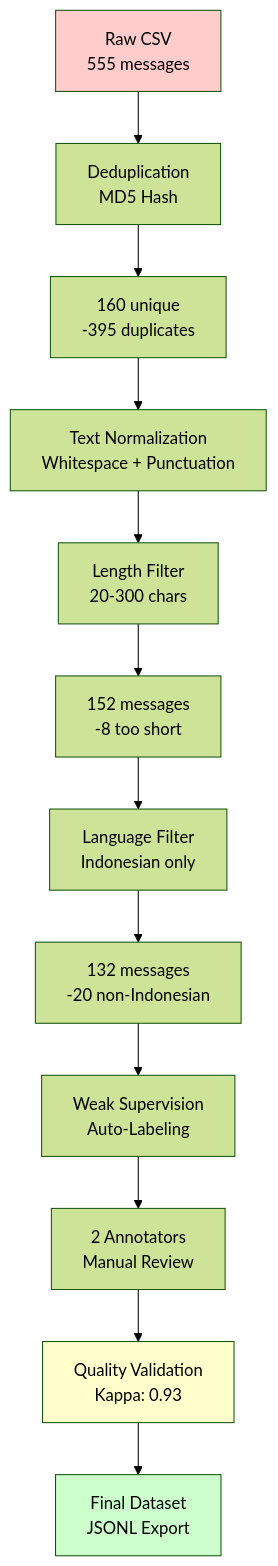
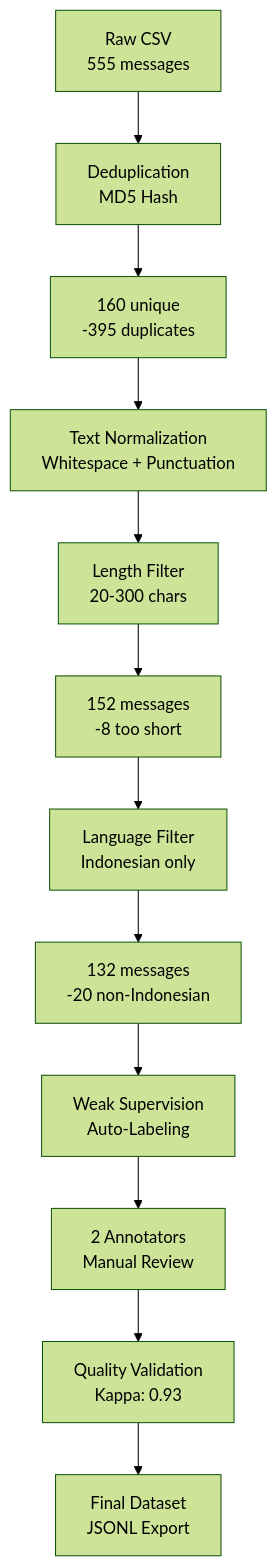
Before and after one commit to ngantuk69/indonesian-fintech-llm-data-pipeline: the diagram in README.md, drawn with Mermaid (forest theme).

Commit message:
fix: README.md

````diff
--- a/README.md
+++ b/README.md
@@ -125,18 +125,15 @@
 ```mermaid
 graph TD
     A[Raw CSV<br/>555 messages] --> B[Deduplication<br/>MD5 Hash]
     B --> C[160 unique<br/>-395 duplicates]
     C --> D[Text Normalization<br/>Whitespace + Punctuation]
     D --> E[Length Filter<br/>20-300 chars]
     E --> F[152 messages<br/>-8 too short]
     F --> G[Language Filter<br/>Indonesian only]
     G --> H[132 messages<br/>-20 non-Indonesian]
     H --> I[Weak Supervision<br/>Auto-Labeling]
     I --> J[2 Annotators<br/>Manual Review]
     J --> K[Quality Validation<br/>Kappa: 0.93]
     K --> L[Final Dataset<br/>JSONL Export]
-    
-    style A fill:#ffcccc
-    style L fill:#ccffcc
-    style K fill:#ffffcc
+  
 ```
````
